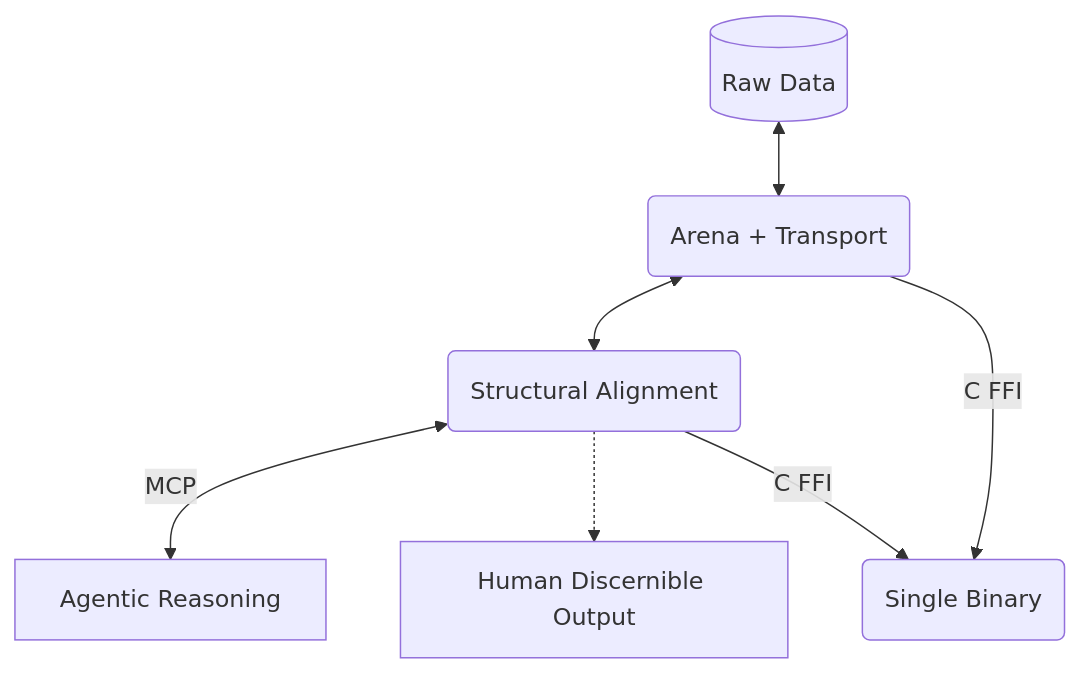
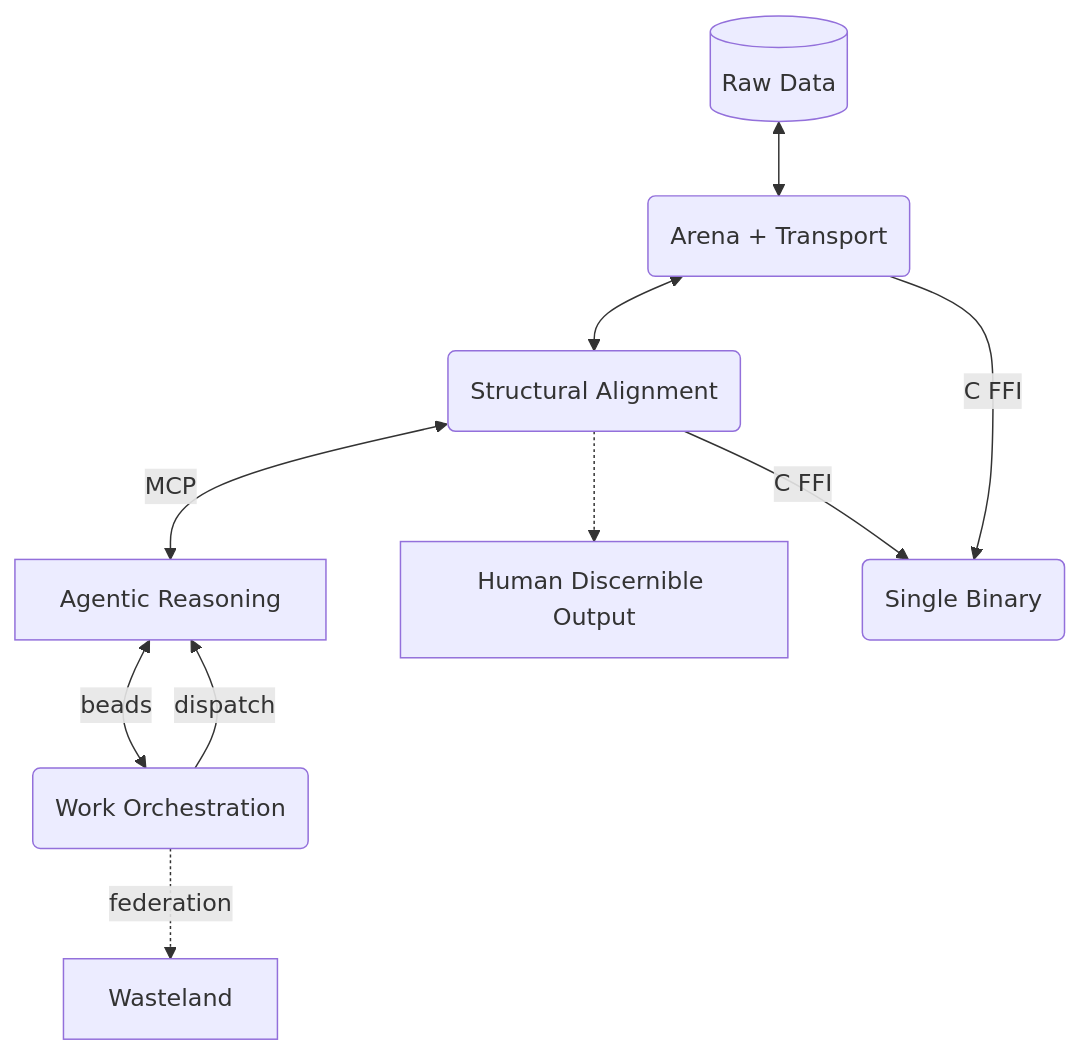
Before and after one commit to agentic-research/.github: the diagram in profile/README.md, drawn with Mermaid. The commit also changed other lines of this file, not shown here.

Commit message:
docs: add 📿 Rosary to org profile + update mermaid diagram

````diff
--- a/profile/README.md
+++ b/profile/README.md
@@ -7,7 +7,10 @@
 ```mermaid
 graph TD
     Data[(Raw Data)] <--> Leyline(Arena + Transport) <--> Mache(Structural Alignment)
     Mache <-->|MCP| Agent[Agentic Reasoning]
     Mache -.-> Human[Human Discernible Output]
     Leyline & Mache -->|C FFI| Kiln(Single Binary)
+    Agent <-->|beads| Rosary(Work Orchestration)
+    Rosary -->|dispatch| Agent
+    Rosary -.->|federation| Wasteland[Wasteland]
 ```
````
